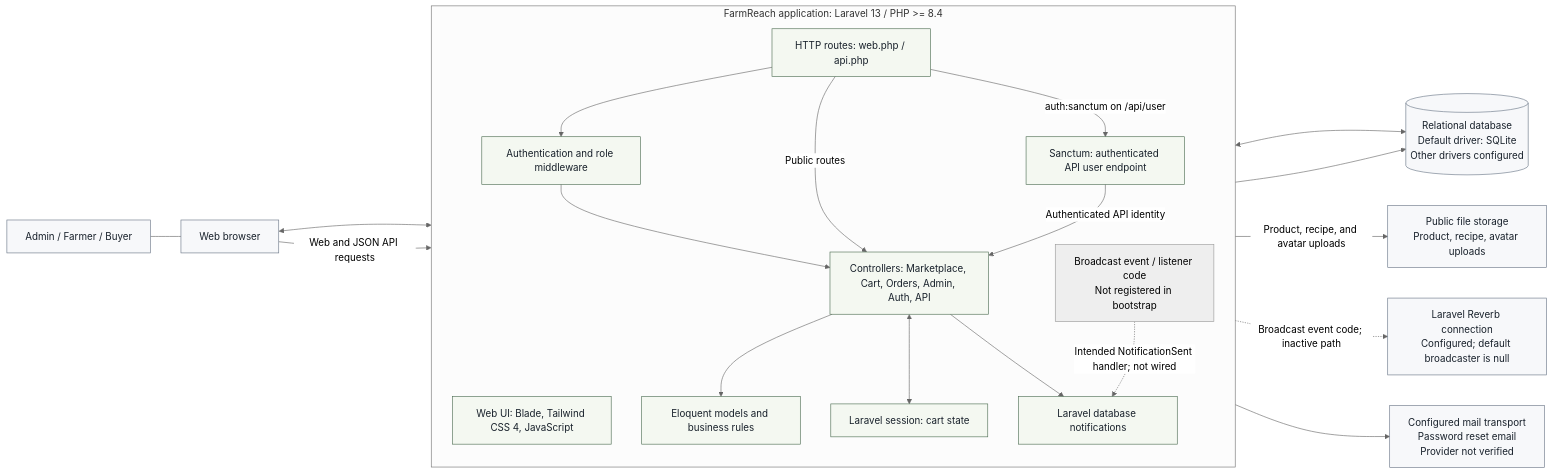
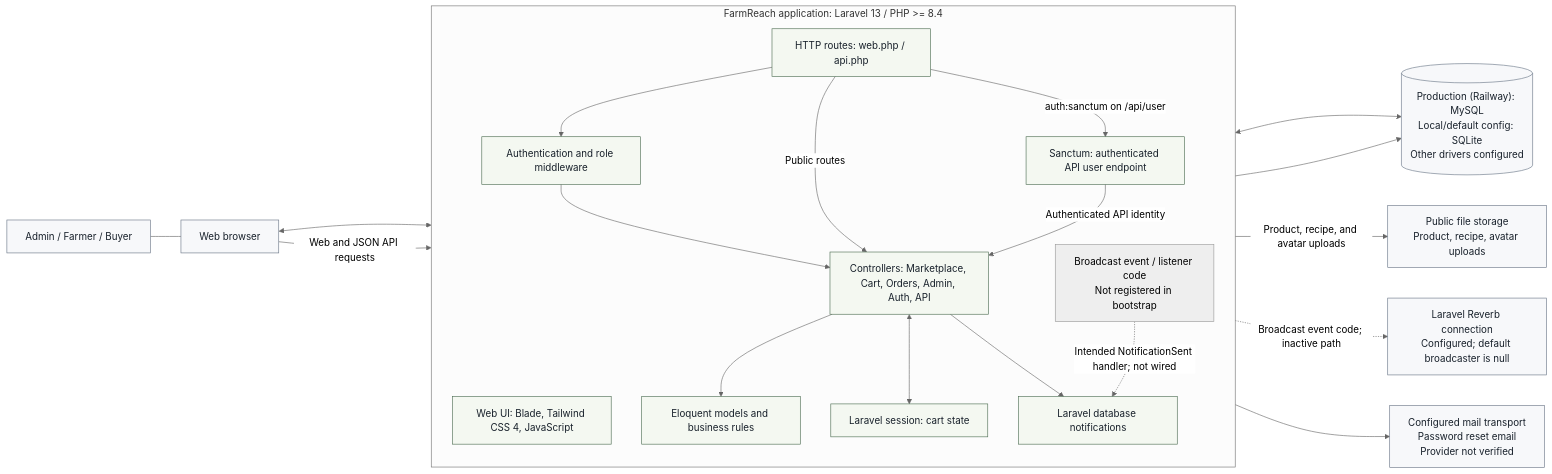
One commit to Milky-Popsicle/FarmReach-Saas changed the diagram in docs/uml/system-architecture.mmd. Above: the diagram before and after it, drawn with Mermaid (neutral theme).

Commit message:
docs: clarify production database in Mermaid architecture

```diff
--- a/docs/uml/system-architecture.mmd
+++ b/docs/uml/system-architecture.mmd
@@ -1,44 +1,44 @@
 flowchart LR
   User["Admin / Farmer / Buyer"]
   Browser["Web browser"]
 
   subgraph App["FarmReach application: Laravel 13 / PHP >= 8.4"]
     direction TB
     UI["Web UI: Blade, Tailwind CSS 4, JavaScript"]
     Routes["HTTP routes: web.php / api.php"]
     Auth["Authentication and role middleware"]
     Controllers["Controllers: Marketplace, Cart, Orders, Admin, Auth, API"]
     Models["Eloquent models and business rules"]
     Session["Laravel session: cart state"]
     Sanctum["Sanctum: authenticated API user endpoint"]
     Notify["Laravel database notifications"]
     BroadcastCode["Broadcast event / listener code<br/>Not registered in bootstrap"]
   end
 
-  DB[("Relational database<br/>Default driver: SQLite<br/>Other drivers configured")]
+  DB[("Production (Railway): MySQL<br/>Local/default config: SQLite<br/>Other drivers configured")]
   Storage["Public file storage<br/>Product, recipe, avatar uploads"]
   Reverb["Laravel Reverb connection<br/>Configured; default broadcaster is null"]
   Mail["Configured mail transport<br/>Password reset email<br/>Provider not verified"]
 
   User --- Browser
   Browser <--> UI
   Browser -->|"Web and JSON API requests"| Routes
   Routes --> Auth
   Auth --> Controllers
   Routes -->|"Public routes"| Controllers
   Controllers --> Models
   Controllers <--> Session
   Models <--> DB
   Controllers -->|"Product, recipe, and avatar uploads"| Storage
   Routes -->|"auth:sanctum on /api/user"| Sanctum
   Sanctum -->|"Authenticated API identity"| Controllers
   Controllers --> Notify
   Notify --> DB
   BroadcastCode -.->|"Intended NotificationSent handler; not wired"| Notify
   BroadcastCode -.->|"Broadcast event code; inactive path"| Reverb
   Controllers --> Mail
 
   classDef external fill:#F7F8FA,stroke:#697586,color:#18212B
   classDef app fill:#F4F8F1,stroke:#4B6B50,color:#18212B
   class User,Browser,DB,Storage,Reverb,Mail external
   class UI,Routes,Auth,Controllers,Models,Session,Sanctum,Notify app
```
